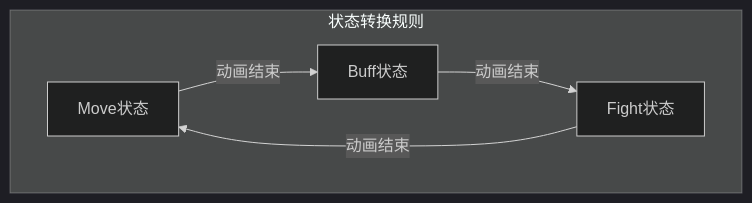
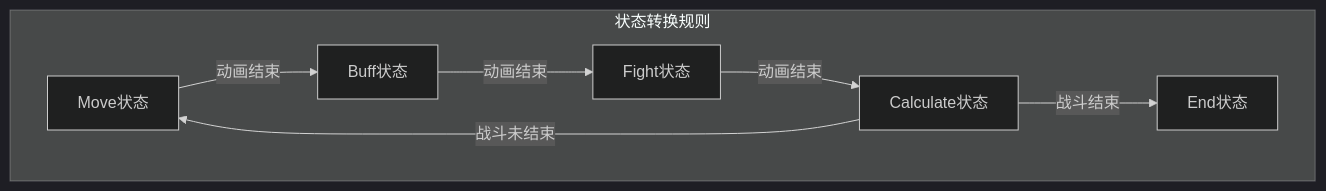
One commit to dylanpan/DungeonHiking changed the fourth of 4 diagrams in ReadMe.md. Above: the diagram before and after it, drawn with Mermaid (dark theme). The commit also changed other lines of this file and 6 other files, not shown here.

````diff
--- a/ReadMe.md
+++ b/ReadMe.md
@@ -73,8 +76,10 @@
 ```mermaid
 graph TD
-	subgraph 状态转换规则
-		BA[Move状态] -->|动画结束| BB[Buff状态]
-		BB -->|动画结束| BC[Fight状态]
-		BC -->|动画结束| BA
-	end
+    subgraph 状态转换规则
+        BA[Move状态] -->|动画结束| BB[Buff状态]
+        BB -->|动画结束| BC[Fight状态]
+        BC -->|动画结束| BD[Calculate状态]
+        BD -->|战斗未结束| BA
+        BD -->|战斗结束| BE[End状态]
+    end
 ```
````
